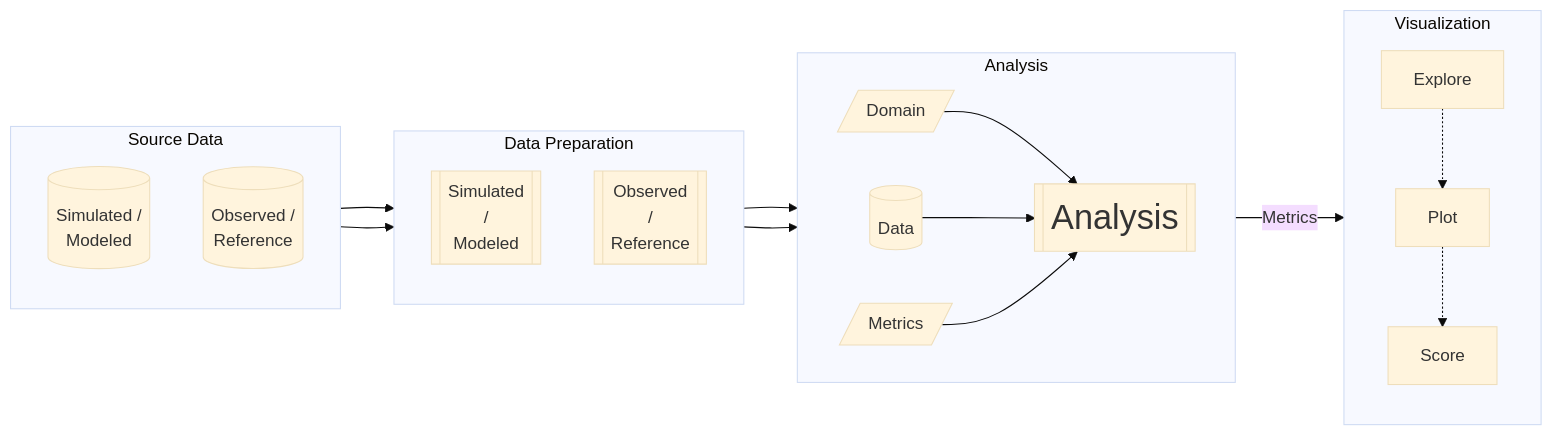
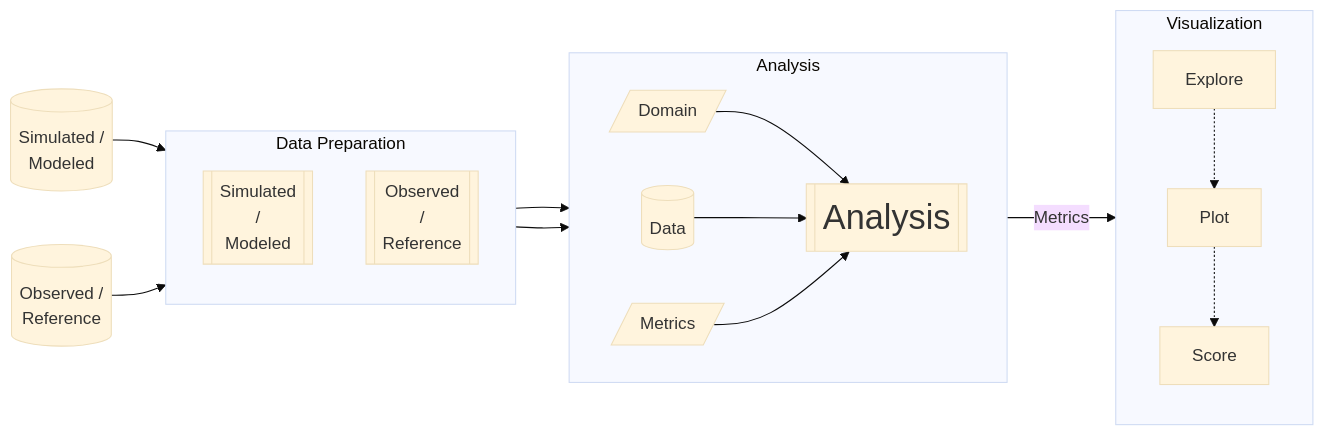
The diagram in model_evaluation/tutorials/nwm_streamflow/00_Overview.md (hytest-org/hytest), drawn with Mermaid (base theme) before and after one commit. The commit also changed other lines of this file and 3 other files, not shown here.

````diff
--- a/model_evaluation/tutorials/nwm_streamflow/00_Overview.md
+++ b/model_evaluation/tutorials/nwm_streamflow/00_Overview.md
@@ -7,41 +7,38 @@
 ```mermaid
 flowchart LR
     classDef thisStep fill:#ff0,stroke:#333,stroke-width:2px;
-
-    subgraph Src[Source Data]
-        direction TB
         SIM[(Simulated /<br>Modeled)]
         OBS[(Observed /<br>Reference)]
-    end
+
     subgraph PreProc [Data Preparation]
         direction TB
         SIM_r[[Simulated<br>/<br>Modeled<br>]]
         OBS_r[[Observed<br>/<br>Reference]]
     end
     subgraph Analysis
         direction LR
         Metrics[/Metrics/]
         Domain[/Domain/]
         Data[("Data")]
         Analysis_r[[<font size=6>Analysis]]
         Domain --> Analysis_r
         Data --> Analysis_r
         Metrics --> Analysis_r
     end
     subgraph Viz [Visualization]
         direction TB
         Explore
         Plot
         Score
         Explore-.->Plot-.->Score
     end
     SIM --> SIM_r
     OBS --> OBS_r
     SIM_r --> Data
     OBS_r --> Data
     Analysis_r --"Metrics"--> Viz
 
     %% change 'Src' to the node name you want to highlight
     %% Src | PreProc | Analysis | Viz
     %%class Src thisStep
 ```
````
